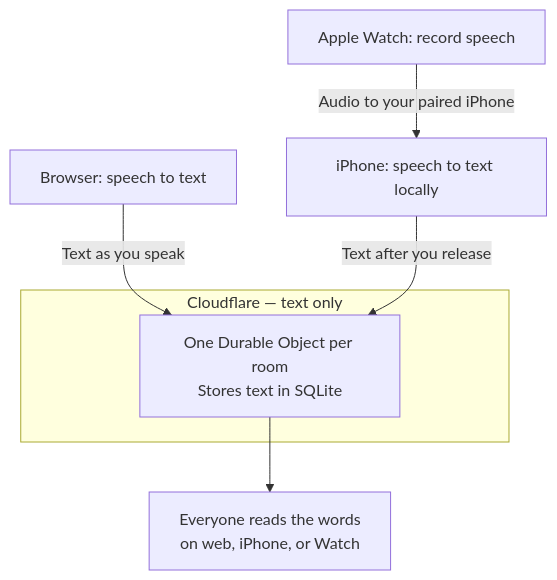
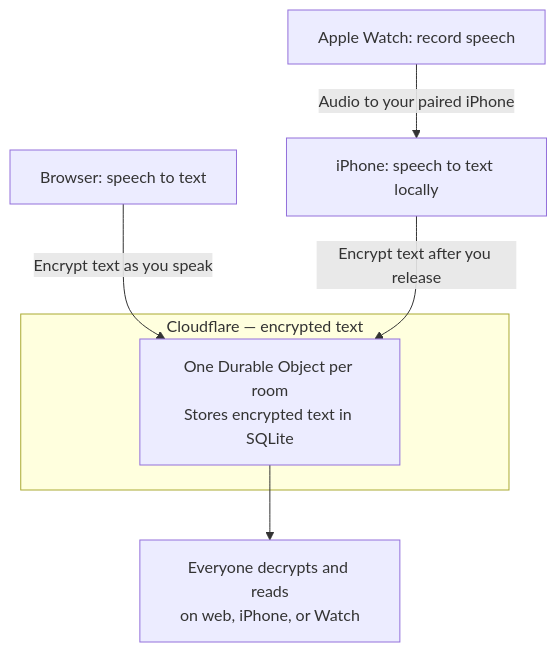
The diagram in README.md (irvinebroque/talk-bugs), drawn with Mermaid before and after one commit. The commit also changed other lines of this file and 30 other files, not shown here.

Commit message:
Encrypt new rooms end to end across web, iPhone, and Watch

````diff
--- a/README.md
+++ b/README.md
@@ -55,16 +55,16 @@
 ```mermaid
 flowchart TD
     Browser[Browser: speech to text]
     Watch[Apple Watch: record speech]
     Phone[iPhone: speech to text locally]
 
     Watch -->|Audio to your paired iPhone| Phone
 
-    subgraph Cloudflare[Cloudflare — text only]
-        Room[One Durable Object per room<br/>Stores text in SQLite]
+    subgraph Cloudflare[Cloudflare — encrypted text]
+        Room[One Durable Object per room<br/>Stores encrypted text in SQLite]
     end
 
-    Browser -->|Text as you speak| Room
-    Phone -->|Text after you release| Room
-    Room --> Readers[Everyone reads the words<br/>on web, iPhone, or Watch]
+    Browser -->|Encrypt text as you speak| Room
+    Phone -->|Encrypt text after you release| Room
+    Room --> Readers[Everyone decrypts and reads<br/>on web, iPhone, or Watch]
 ```
````
